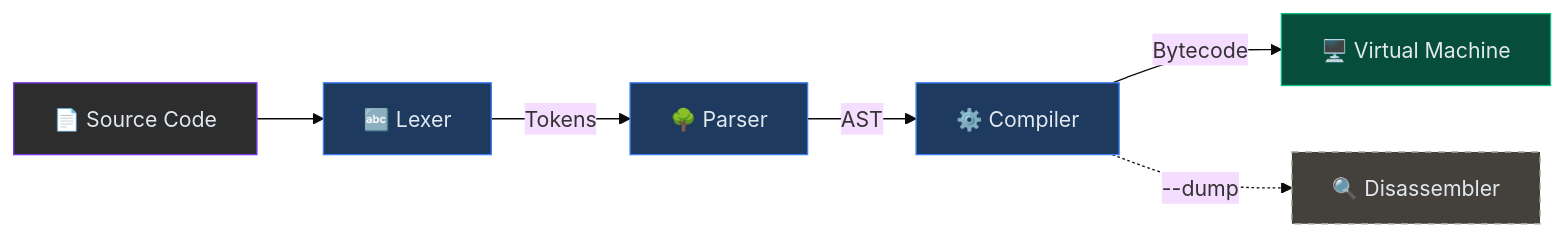
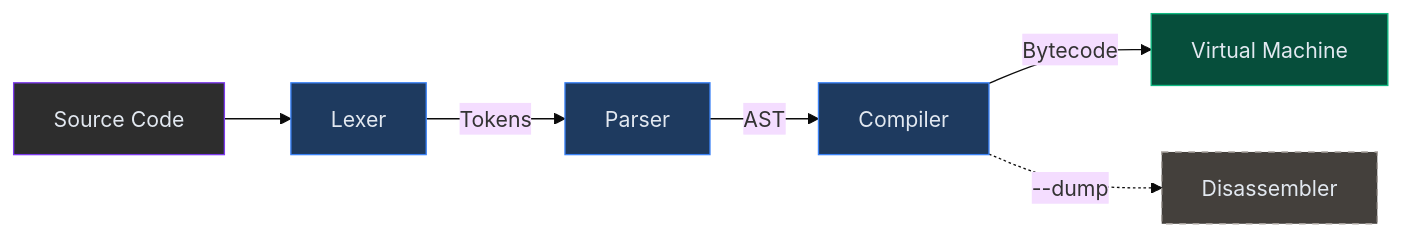
Before and after one commit to deepak21-k/CVM-plus-plus: the diagram in README.md, drawn with Mermaid (base theme).

Commit message:
Remove emojis from architecture diagram

````diff
--- a/README.md
+++ b/README.md
@@ -167,15 +167,15 @@
 ```mermaid
 flowchart LR
-    A["📄 Source Code"] --> B["🔤 Lexer"]
-    B -- "Tokens" --> C["🌳 Parser"]
-    C -- "AST" --> D["⚙️ Compiler"]
-    D -- "Bytecode" --> E["🖥️ Virtual Machine"]
-    D -. "--dump" .-> F["🔍 Disassembler"]
+    A["Source Code"] --> B["Lexer"]
+    B -- "Tokens" --> C["Parser"]
+    C -- "AST" --> D["Compiler"]
+    D -- "Bytecode" --> E["Virtual Machine"]
+    D -. "--dump" .-> F["Disassembler"]
 
     style A fill:#2d2d2d,stroke:#7c3aed,color:#e2e8f0
     style B fill:#1e3a5f,stroke:#3b82f6,color:#e2e8f0
     style C fill:#1e3a5f,stroke:#3b82f6,color:#e2e8f0
     style D fill:#1e3a5f,stroke:#3b82f6,color:#e2e8f0
     style E fill:#064e3b,stroke:#10b981,color:#e2e8f0
     style F fill:#44403c,stroke:#a8a29e,color:#e2e8f0,stroke-dasharray: 5 5
 ```
````
